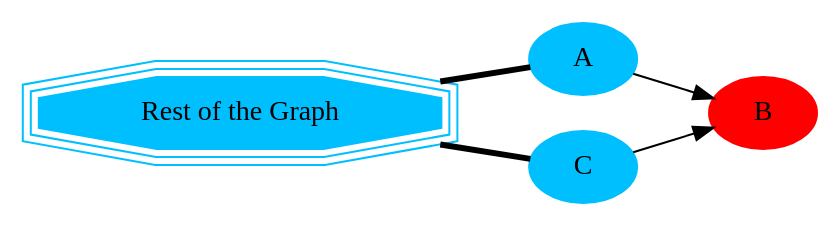
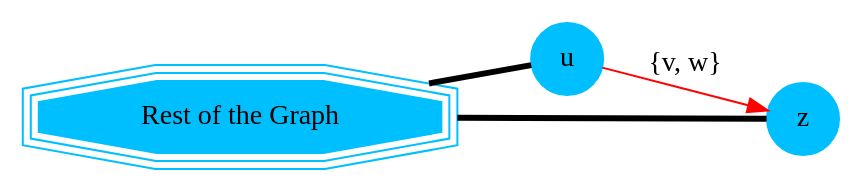
One commit to pgRouting/pgrouting changed diagram 13 of 13 in doc/contraction/contraction-family.rst. Above: the diagram before and after it, drawn with Graphviz. The commit also changed other lines of this file and 5 other files, not shown here.

```diff
--- a/doc/contraction/contraction-family.rst
+++ b/doc/contraction/contraction-family.rst
@@ -280,16 +323,10 @@
 .. graphviz::
 
     digraph G {
-        A [style=filled;color=deepskyblue];
-        B [style=filled; color=red];
-        C [style=filled;color=deepskyblue];
-        "G" [shape=tripleoctagon;
-        style=filled;color=deepskyblue;
-        label = "Rest of the Graph"];
+        u, z [shape=circle;style=filled;color=deepskyblue];
+        "G" [shape=tripleoctagon; style=filled;color=deepskyblue;label = "Rest of the Graph"];
 
         rankdir=LR;
-        G -> A [dir=none, weight=1, penwidth=3];
-        G -> C [dir=none, weight=1, penwidth=3];
-        A -> B;
-        C -> B;
+        G -> {u, z} [dir=none, weight=1, penwidth=3];
+        u -> z [label="{v, w}";color=red]
     }
```
